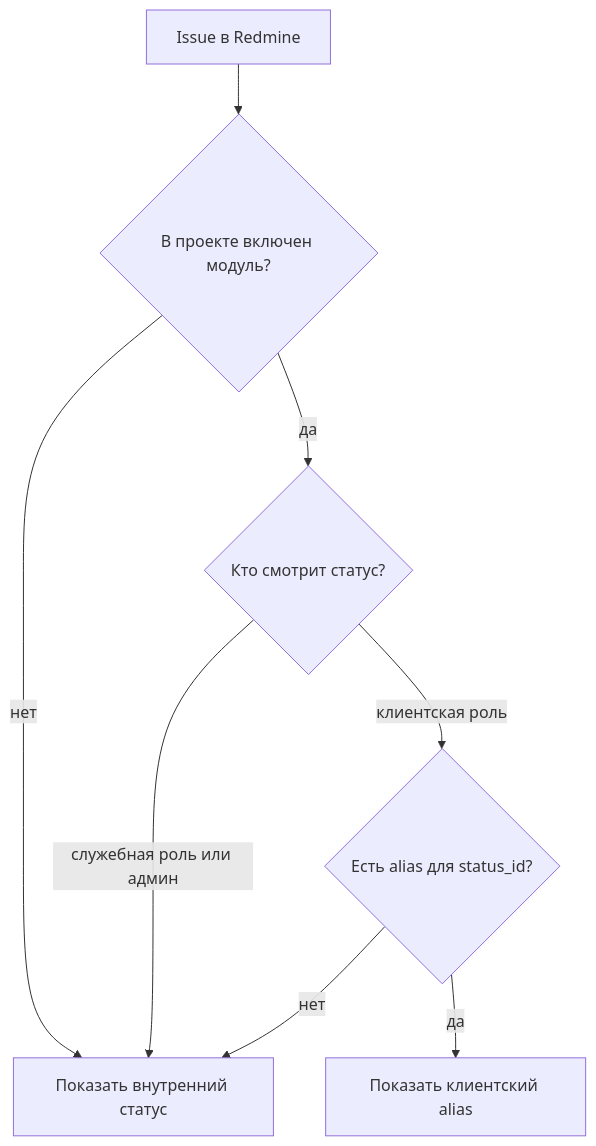
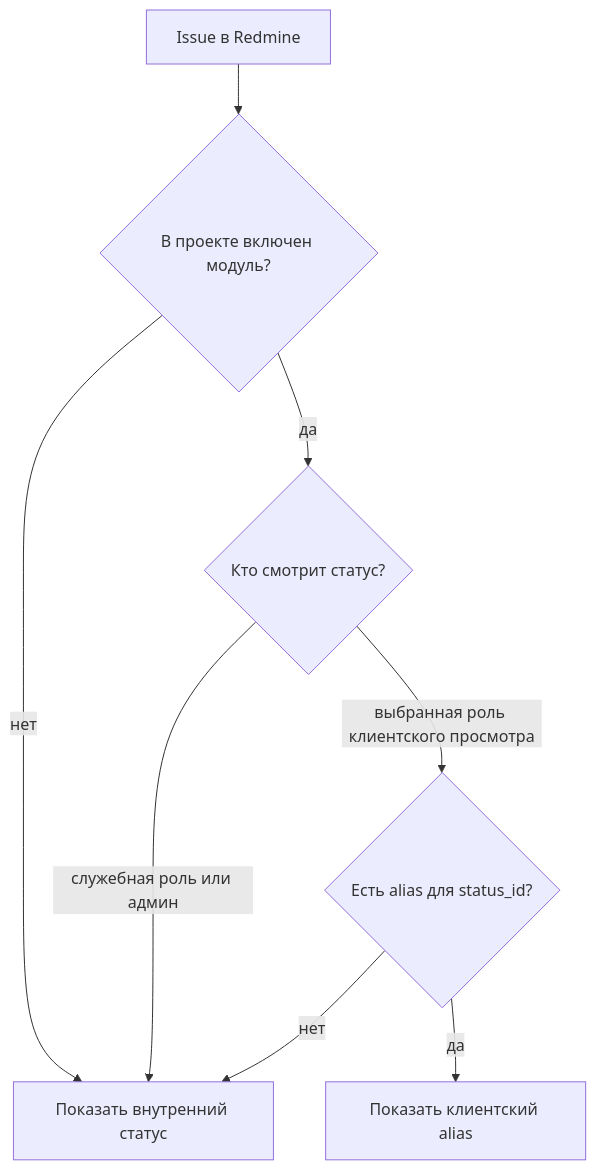
The diagram in README.md (vatest021-ctrl/redmine-status-alias), drawn with Mermaid before and after one commit. The commit also changed other lines of this file and 6 other files, not shown here.

````diff
--- a/README.md
+++ b/README.md
@@ -135,10 +138,10 @@
 ```mermaid
 flowchart TD
   A["Issue в Redmine"] --> B{"В проекте включен модуль?"}
   B -- "нет" --> C["Показать внутренний статус"]
   B -- "да" --> D{"Кто смотрит статус?"}
   D -- "служебная роль или админ" --> C
-  D -- "клиентская роль" --> E{"Есть alias для status_id?"}
+  D -- "выбранная роль клиентского просмотра" --> E{"Есть alias для status_id?"}
   E -- "нет" --> C
   E -- "да" --> G["Показать клиентский alias"]
 ```
````
